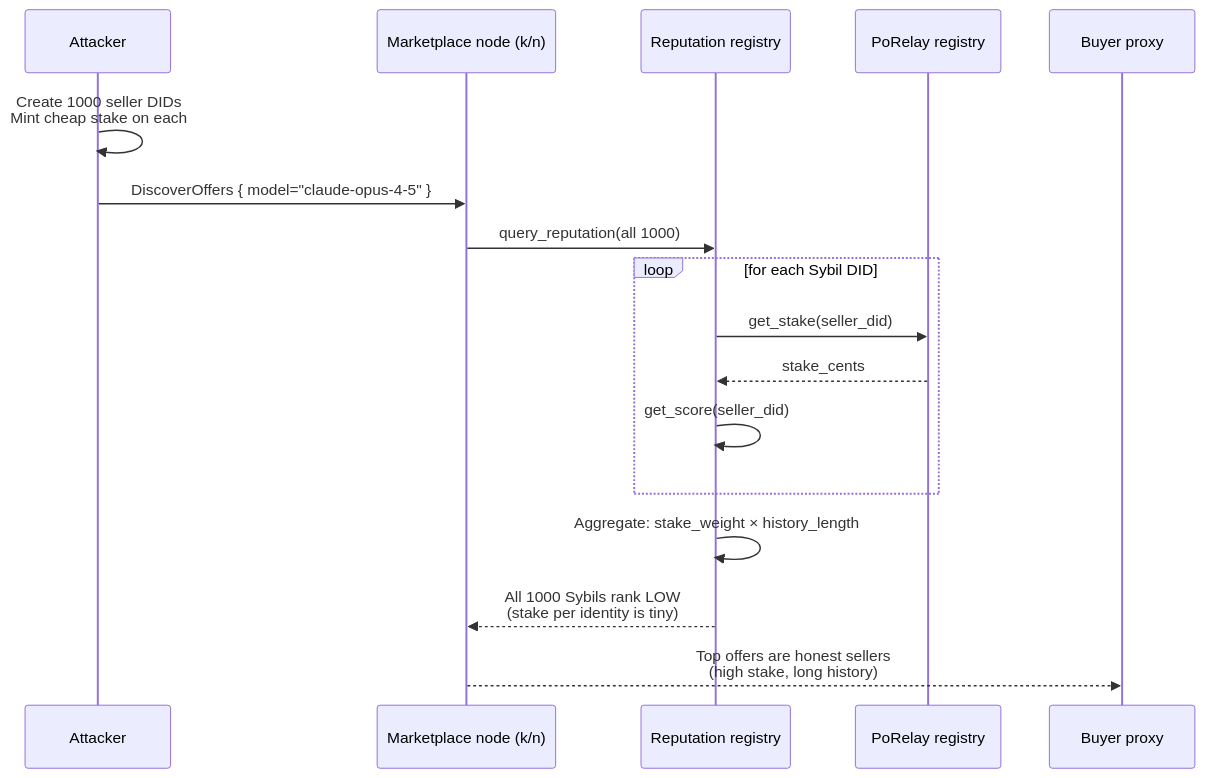
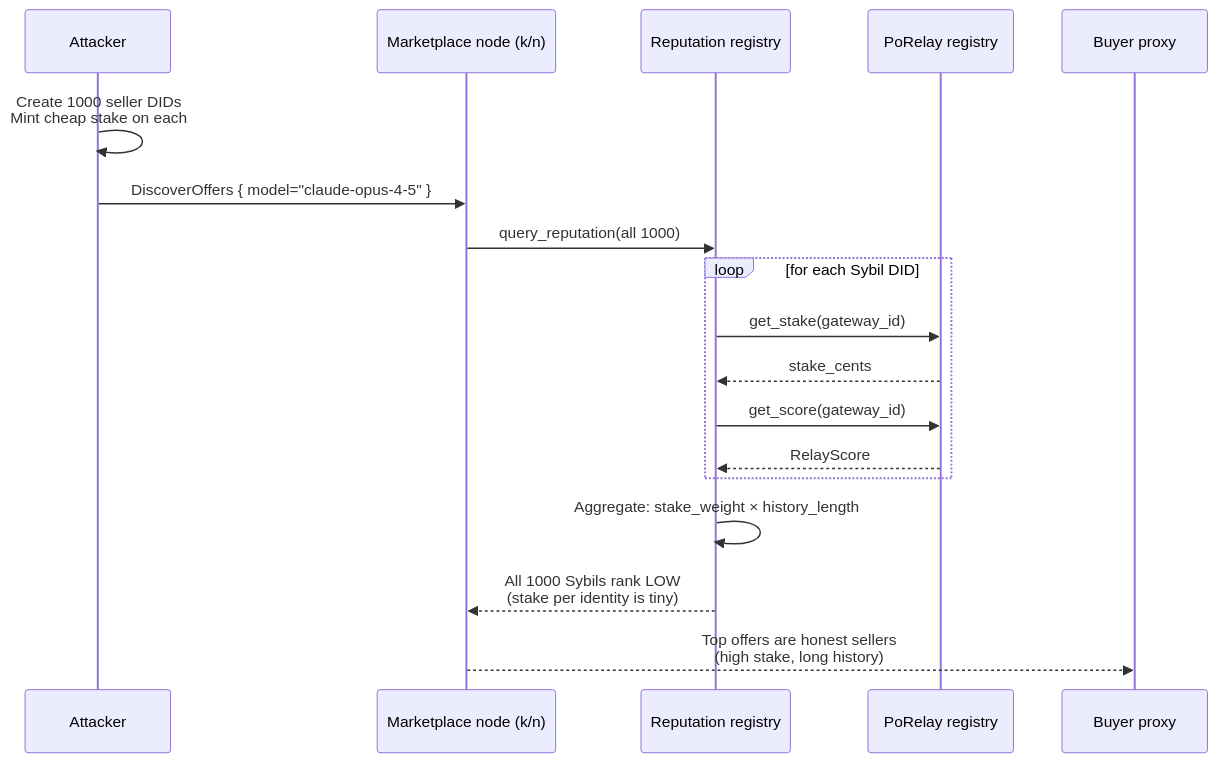
One commit to CipherOcto/cipherocto changed diagram 14 of 14 in docs/architecture/end-to-end-scenarios.md. Above: the diagram before and after it, drawn with Mermaid. The commit also changed other lines of this file, not shown here.

````diff
--- a/docs/architecture/end-to-end-scenarios.md
+++ b/docs/architecture/end-to-end-scenarios.md
@@ -615,20 +616,21 @@
 ```mermaid
 sequenceDiagram
     participant A as Attacker
     participant MK as Marketplace node (k/n)
     participant RR as Reputation registry
     participant ST as PoRelay registry
     participant P0 as Buyer proxy
 
     A->>A: Create 1000 seller DIDs<br/>Mint cheap stake on each
     A->>MK: DiscoverOffers { model="claude-opus-4-5" }
     MK->>RR: query_reputation(all 1000)
     loop for each Sybil DID
-        RR->>ST: get_stake(seller_did)
+        RR->>ST: get_stake(gateway_id)
         ST-->>RR: stake_cents
-        RR->>RR: get_score(seller_did)
+        RR->>ST: get_score(gateway_id)
+        ST-->>RR: RelayScore
     end
     RR->>RR: Aggregate: stake_weight × history_length
     RR-->>MK: All 1000 Sybils rank LOW<br/>(stake per identity is tiny)
     MK-->>P0: Top offers are honest sellers<br/>(high stake, long history)
 ```
````
